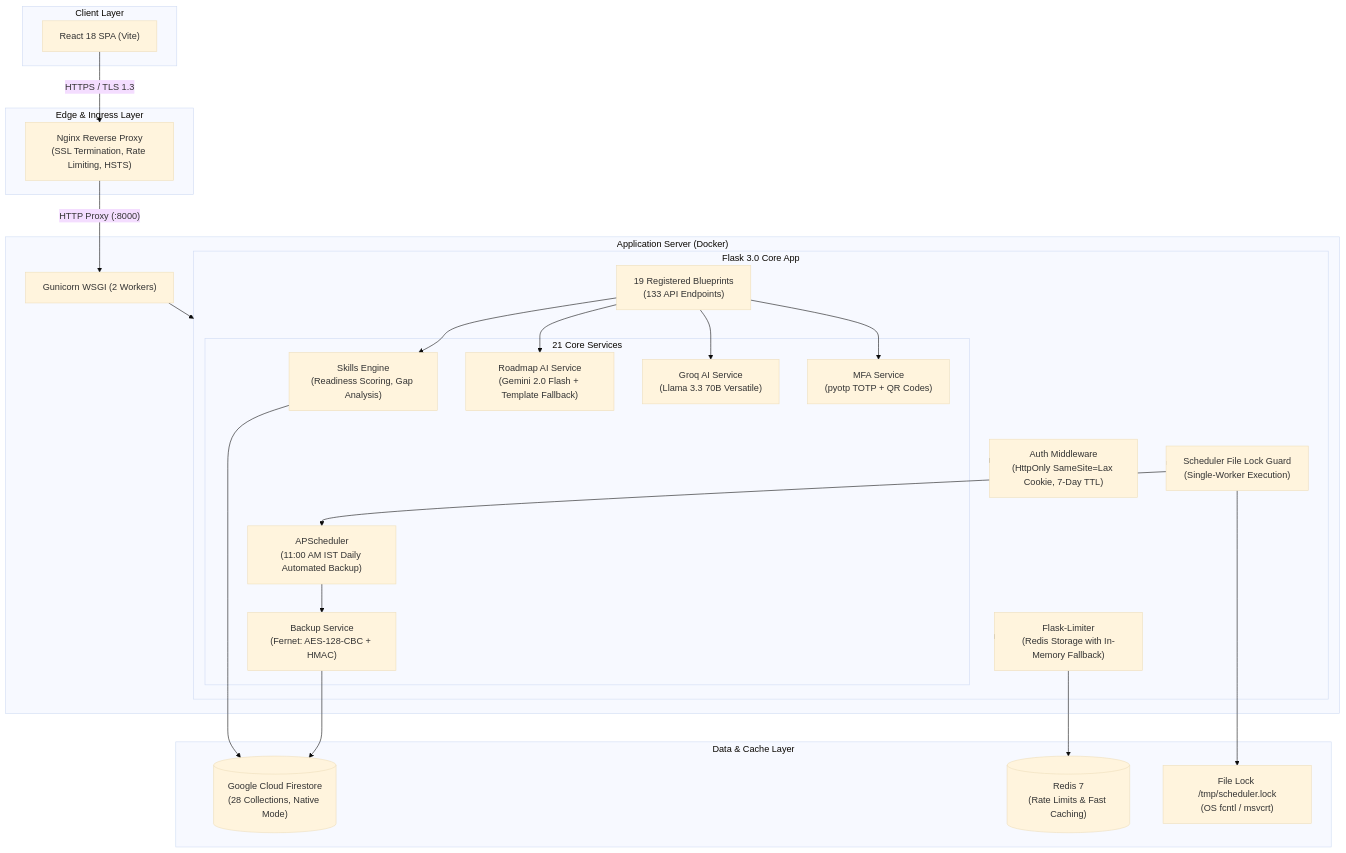
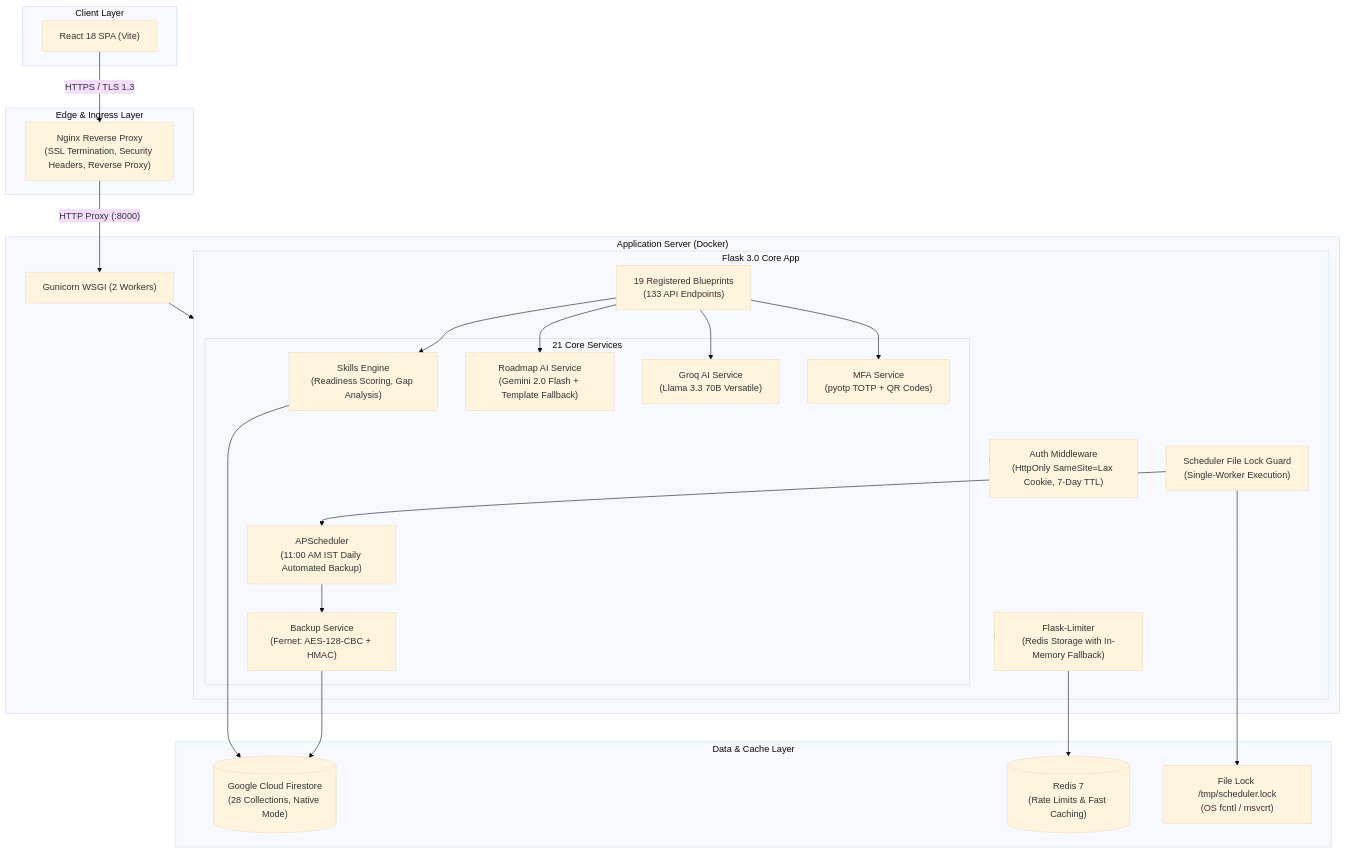
The diagram in README.md (Akaash-S/skillbridgeBackend), drawn with Mermaid (base theme) before and after one commit.

Commit message:
docs(readme): clarify Nginx as reverse proxy with security headers and keep rate limiting attribution to Flask-Limiter

````diff
--- a/README.md
+++ b/README.md
@@ -17,50 +17,50 @@
 ```mermaid
 flowchart TB
     subgraph Client ["Client Layer"]
         SPA["React 18 SPA (Vite)"]
     end
 
     subgraph Edge ["Edge & Ingress Layer"]
-        Nginx["Nginx Reverse Proxy\n(SSL Termination, Rate Limiting, HSTS)"]
+        Nginx["Nginx Reverse Proxy\n(SSL Termination, Security Headers, Reverse Proxy)"]
     end
 
     subgraph Application ["Application Server (Docker)"]
         Gunicorn["Gunicorn WSGI (2 Workers)"]
         
         subgraph FlaskApp ["Flask 3.0 Core App"]
             Auth["Auth Middleware\n(HttpOnly SameSite=Lax Cookie, 7-Day TTL)"]
             Guard["Scheduler File Lock Guard\n(Single-Worker Execution)"]
             Limiter["Flask-Limiter\n(Redis Storage with In-Memory Fallback)"]
             RouterBP["19 Registered Blueprints\n(133 API Endpoints)"]
             
             subgraph Services ["21 Core Services"]
                 SkillsEngine["Skills Engine\n(Readiness Scoring, Gap Analysis)"]
                 RoadmapAI["Roadmap AI Service\n(Gemini 2.0 Flash + Template Fallback)"]
                 GroqService["Groq AI Service\n(Llama 3.3 70B Versatile)"]
                 MFASvc["MFA Service\n(pyotp TOTP + QR Codes)"]
                 BackupSvc["Backup Service\n(Fernet: AES-128-CBC + HMAC)"]
                 Scheduler["APScheduler\n(11:00 AM IST Daily Automated Backup)"]
             end
         end
     end
 
     subgraph DataStore ["Data & Cache Layer"]
         Firestore[("Google Cloud Firestore\n(28 Collections, Native Mode)")]
         RedisDB[("Redis 7\n(Rate Limits & Fast Caching)")]
         LockFile["File Lock /tmp/scheduler.lock\n(OS fcntl / msvcrt)"]
     end
 
     SPA -- "HTTPS / TLS 1.3" --> Nginx
     Nginx -- "HTTP Proxy (:8000)" --> Gunicorn
     Gunicorn --> FlaskApp
     FlaskApp --> Auth
     FlaskApp --> Limiter --> RedisDB
     FlaskApp --> Guard --> LockFile
     Guard --> Scheduler --> BackupSvc
     RouterBP --> SkillsEngine
     RouterBP --> RoadmapAI
     RouterBP --> GroqService
     RouterBP --> MFASvc
     BackupSvc --> Firestore
     SkillsEngine --> Firestore
 ```
````
